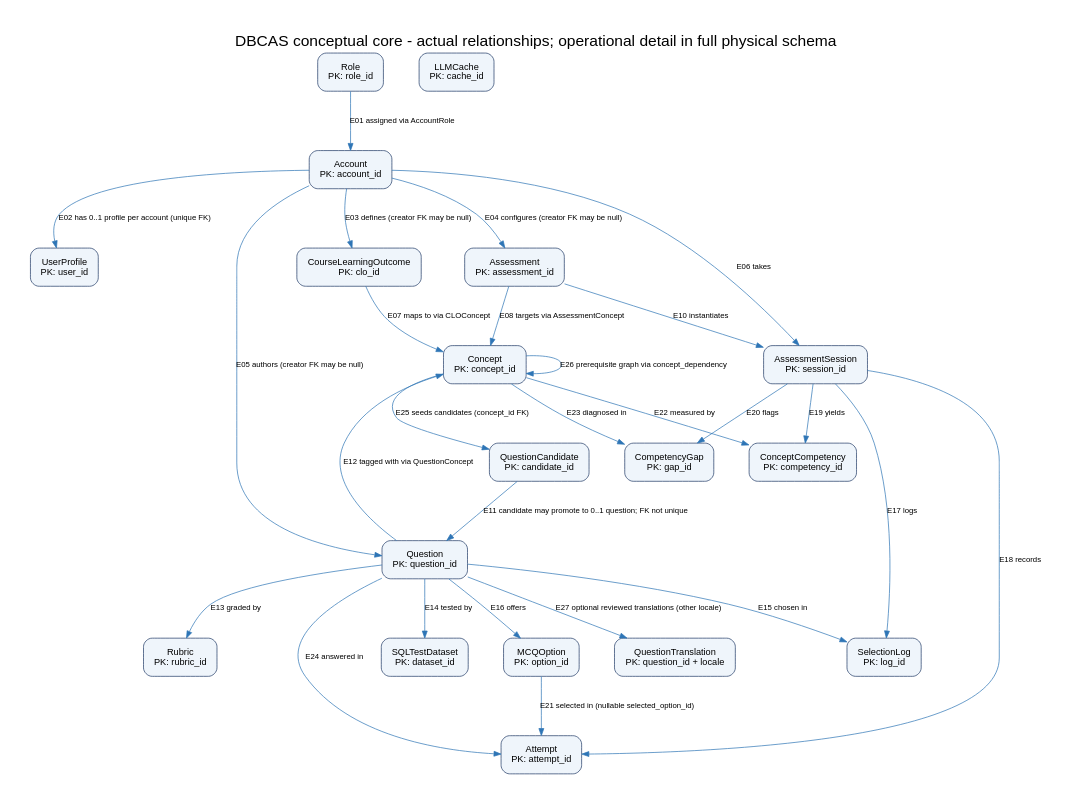
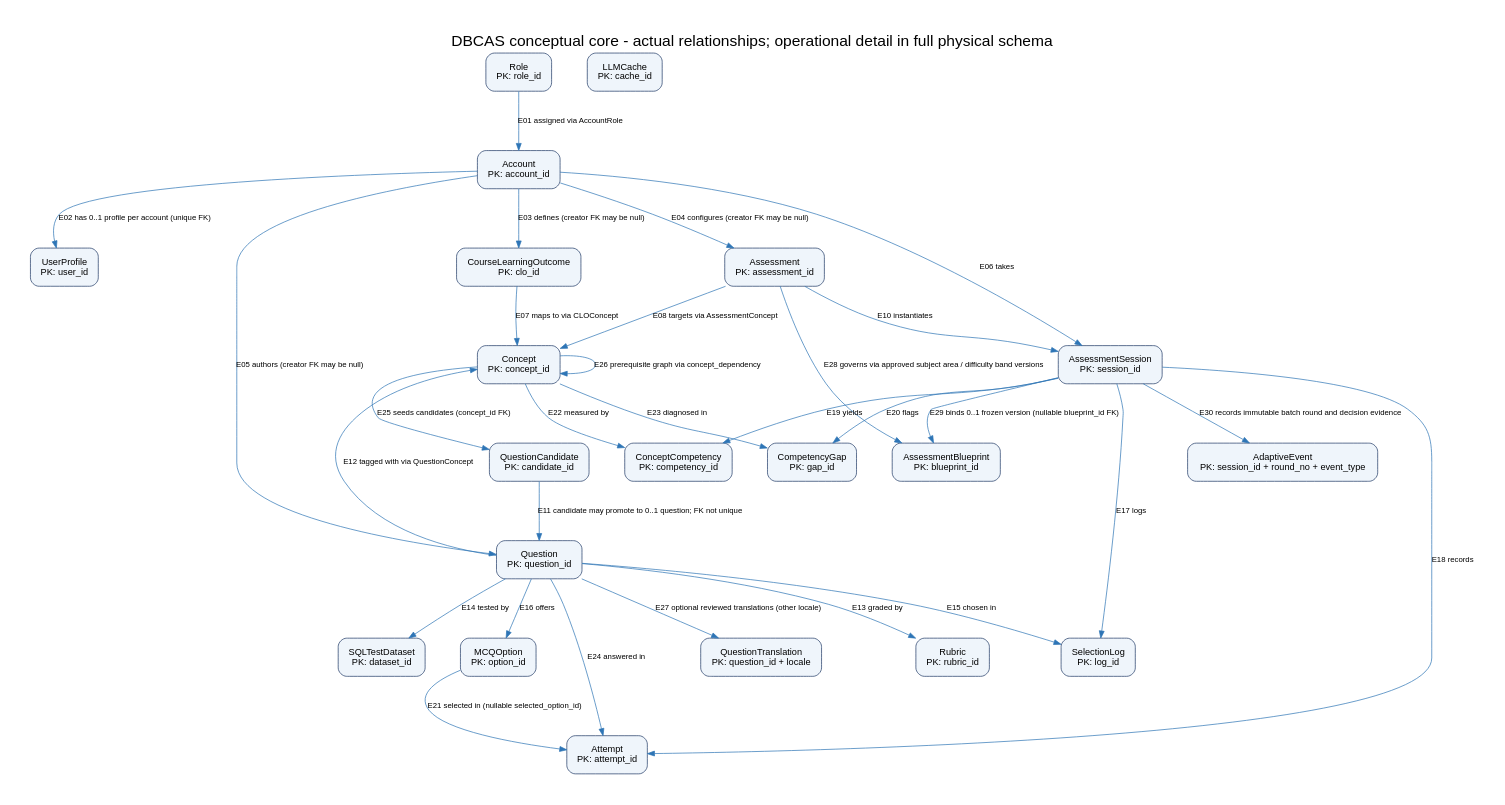
The diagram in docs/diagrams/conceptual-core.dot (nguyendodary/DBCAS), drawn with Graphviz before and after one commit. The commit also changed 19 other files, not shown here.

First line of the commit message:
docs(diagrams): align the eight authored architecture views with 633fea3

```diff
--- a/docs/diagrams/conceptual-core.dot
+++ b/docs/diagrams/conceptual-core.dot
@@ -1,48 +1,53 @@
 digraph conceptual {
 graph [rankdir=TB,bgcolor="white",pad="0.5",nodesep="0.7",ranksep="1",fontname="Arial",fontsize=22]; node [shape=box,style="rounded,filled",fillcolor="#EFF5FB",color="#1F3864",fontname="Arial",fontsize=13,margin="0.18"]; edge [color="#2E75B6",fontname="Arial",fontsize=11];
 graph [label="DBCAS conceptual core - actual relationships; operational detail in full physical schema",labelloc=t];
 "Role" [label="Role\nPK: role_id"];
 "Account" [label="Account\nPK: account_id"];
 "UserProfile" [label="UserProfile\nPK: user_id"];
 "Rubric" [label="Rubric\nPK: rubric_id"];
 "CourseLearningOutcome" [label="CourseLearningOutcome\nPK: clo_id"];
 "Assessment" [label="Assessment\nPK: assessment_id"];
 "QuestionCandidate" [label="QuestionCandidate\nPK: candidate_id"];
 "Question" [label="Question\nPK: question_id"];
 "SQLTestDataset" [label="SQLTestDataset\nPK: dataset_id"];
 "Concept" [label="Concept\nPK: concept_id"];
 "AssessmentSession" [label="AssessmentSession\nPK: session_id"];
 "SelectionLog" [label="SelectionLog\nPK: log_id"];
 "MCQOption" [label="MCQOption\nPK: option_id"];
 "LLMCache" [label="LLMCache\nPK: cache_id"];
 "ConceptCompetency" [label="ConceptCompetency\nPK: competency_id"];
 "CompetencyGap" [label="CompetencyGap\nPK: gap_id"];
 "Attempt" [label="Attempt\nPK: attempt_id"];
 "QuestionTranslation" [label="QuestionTranslation\nPK: question_id + locale"];
+"AssessmentBlueprint" [label="AssessmentBlueprint\nPK: blueprint_id"];
+"AdaptiveEvent" [label="AdaptiveEvent\nPK: session_id + round_no + event_type"];
 "Role" -> "Account" [id="E01",label="E01 assigned via AccountRole"];
 "Account" -> "UserProfile" [id="E02",label="E02 has 0..1 profile per account (unique FK)"];
 "Account" -> "CourseLearningOutcome" [id="E03",label="E03 defines (creator FK may be null)"];
 "Account" -> "Assessment" [id="E04",label="E04 configures (creator FK may be null)"];
 "Account" -> "Question" [id="E05",label="E05 authors (creator FK may be null)"];
 "Account" -> "AssessmentSession" [id="E06",label="E06 takes"];
 "CourseLearningOutcome" -> "Concept" [id="E07",label="E07 maps to via CLOConcept"];
 "Assessment" -> "Concept" [id="E08",label="E08 targets via AssessmentConcept"];
 "Assessment" -> "AssessmentSession" [id="E10",label="E10 instantiates"];
 "QuestionCandidate" -> "Question" [id="E11",label="E11 candidate may promote to 0..1 question; FK not unique"];
 "Question" -> "Concept" [id="E12",label="E12 tagged with via QuestionConcept"];
 "Question" -> "Rubric" [id="E13",label="E13 graded by"];
 "Question" -> "SQLTestDataset" [id="E14",label="E14 tested by"];
 "Question" -> "SelectionLog" [id="E15",label="E15 chosen in"];
 "Question" -> "MCQOption" [id="E16",label="E16 offers"];
 "AssessmentSession" -> "SelectionLog" [id="E17",label="E17 logs"];
 "AssessmentSession" -> "Attempt" [id="E18",label="E18 records"];
 "AssessmentSession" -> "ConceptCompetency" [id="E19",label="E19 yields"];
 "AssessmentSession" -> "CompetencyGap" [id="E20",label="E20 flags"];
 "MCQOption" -> "Attempt" [id="E21",label="E21 selected in (nullable selected_option_id)"];
 "Concept" -> "ConceptCompetency" [id="E22",label="E22 measured by"];
 "Concept" -> "CompetencyGap" [id="E23",label="E23 diagnosed in"];
 "Question" -> "Attempt" [id="E24",label="E24 answered in"];
 "Concept" -> "QuestionCandidate" [id="E25",label="E25 seeds candidates (concept_id FK)"];
 "Concept" -> "Concept" [id="E26",label="E26 prerequisite graph via concept_dependency"];
 "Question" -> "QuestionTranslation" [id="E27",label="E27 optional reviewed translations (other locale)"];
+"Assessment" -> "AssessmentBlueprint" [id="E28",label="E28 governs via approved subject area / difficulty band versions"];
+"AssessmentSession" -> "AssessmentBlueprint" [id="E29",label="E29 binds 0..1 frozen version (nullable blueprint_id FK)"];
+"AssessmentSession" -> "AdaptiveEvent" [id="E30",label="E30 records immutable batch round and decision evidence"];
 }
```
